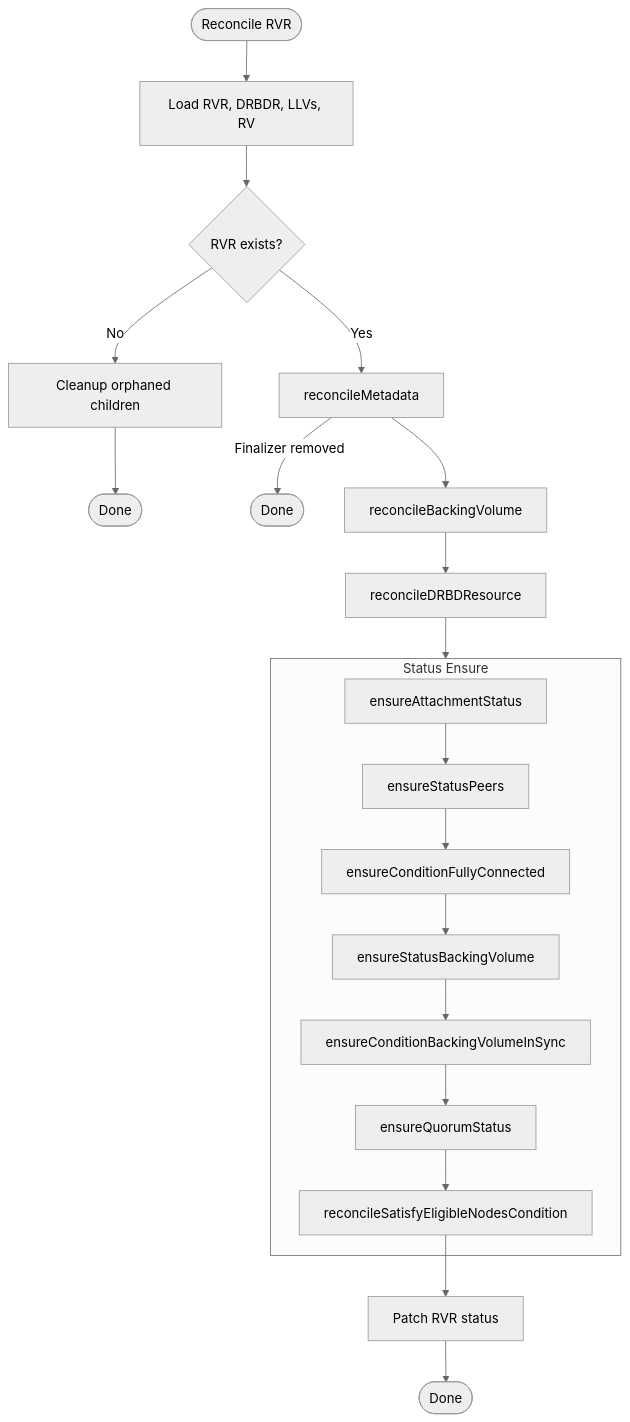
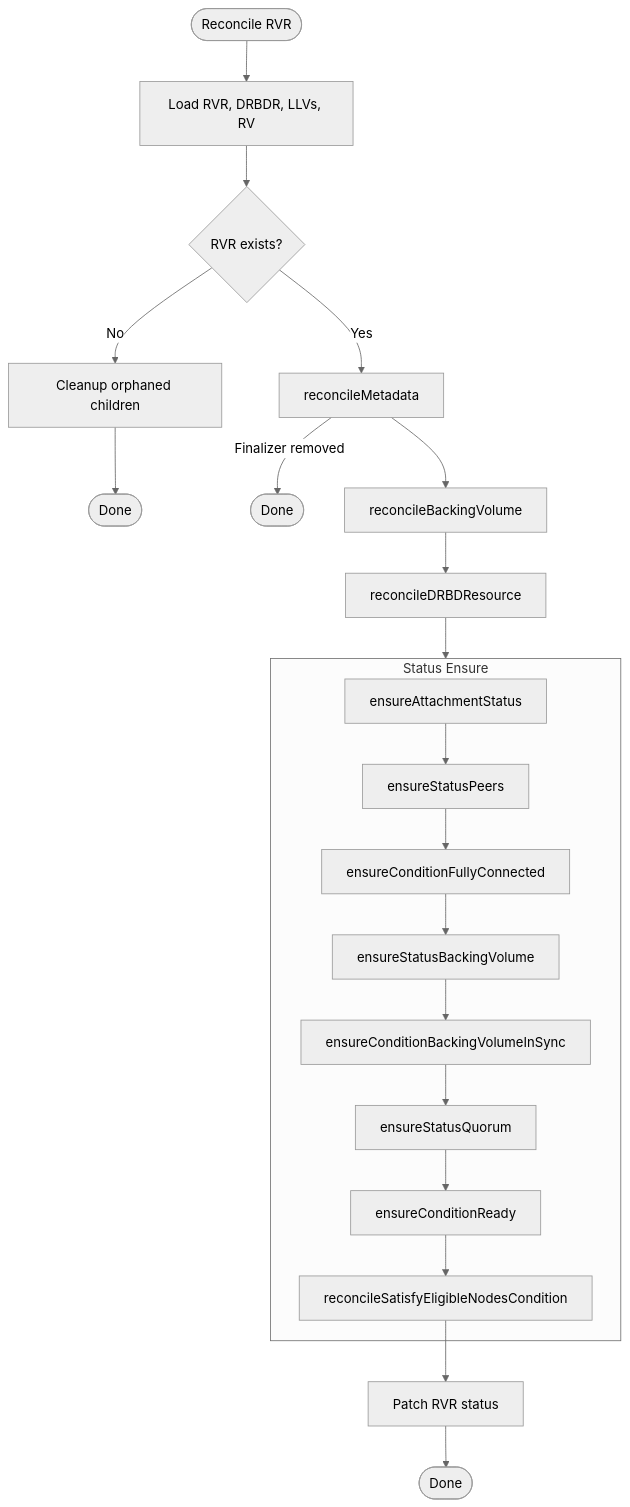
Before and after one commit to deckhouse/sds-replicated-volume: the first of 12 diagrams in images/controller/internal/controllers/rvr_controller/README.md, drawn with Mermaid (neutral theme). The commit also changed other lines of this file and 2 other files, not shown here.

First line of the commit message:
[controller/rvr] Decouple quorum status from Ready condition

````diff
--- a/images/controller/internal/controllers/rvr_controller/README.md
+++ b/images/controller/internal/controllers/rvr_controller/README.md
@@ -117,28 +118,29 @@
 ```mermaid
 flowchart TD
     Start([Reconcile RVR]) --> Load[Load RVR, DRBDR, LLVs, RV]
     Load --> CheckExists{RVR exists?}
 
     CheckExists -->|No| Cleanup[Cleanup orphaned children]
     Cleanup --> Done1([Done])
 
     CheckExists -->|Yes| Meta[reconcileMetadata]
     Meta -->|Finalizer removed| Done2([Done])
     Meta --> BV[reconcileBackingVolume]
     BV --> DRBDR[reconcileDRBDResource]
 
     DRBDR --> StatusBlock
 
     subgraph StatusBlock [Status Ensure]
         Attach[ensureAttachmentStatus]
         Attach --> Peers[ensureStatusPeers]
         Peers --> PeersCond[ensureConditionFullyConnected]
         PeersCond --> BVStatus[ensureStatusBackingVolume]
         BVStatus --> BVInSync[ensureConditionBackingVolumeInSync]
-        BVInSync --> Quorum[ensureQuorumStatus]
-        Quorum --> SEN[reconcileSatisfyEligibleNodesCondition]
+        BVInSync --> StatusQuorum[ensureStatusQuorum]
+        StatusQuorum --> CondReady[ensureConditionReady]
+        CondReady --> SEN[reconcileSatisfyEligibleNodesCondition]
     end
 
     SEN --> Patch[Patch RVR status]
     Patch --> EndNode([Done])
 ```
````
